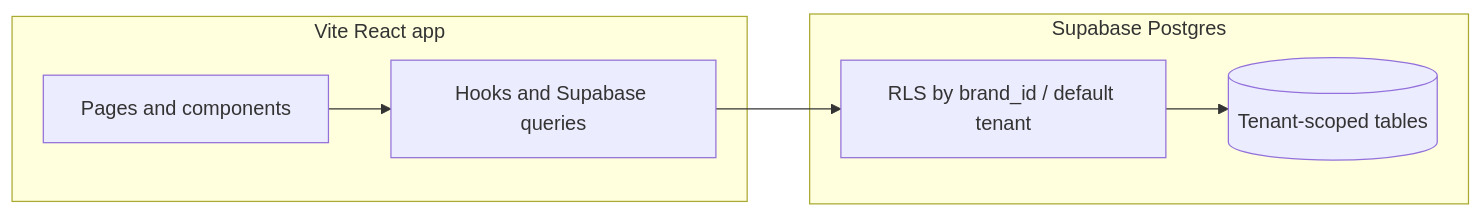
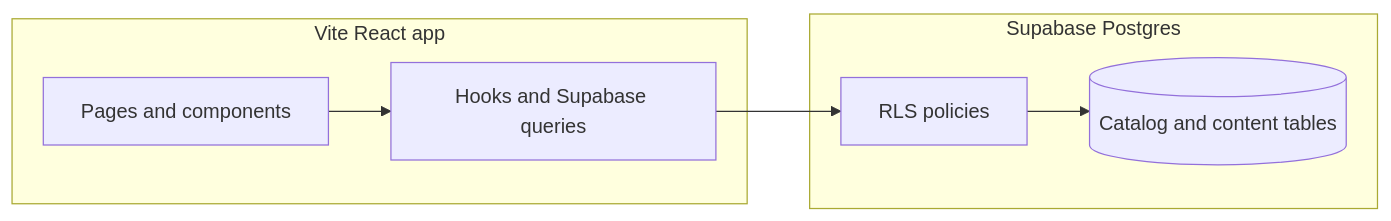
The diagram in docs/ARCHITECTURE.md (nisnas7-AI/DiamoNY-Dodiya), drawn with Mermaid before and after one commit. The commit also changed other lines of this file and 55 other files, not shown here.

First line of the commit message:
Revert white-label brand_id tenancy and restore single-brand flow.

````diff
--- a/docs/ARCHITECTURE.md
+++ b/docs/ARCHITECTURE.md
@@ -7,14 +7,14 @@
 ```mermaid
 flowchart LR
   subgraph client [Vite React app]
     UI[Pages and components]
     Core[Hooks and Supabase queries]
   end
   subgraph supabase [Supabase Postgres]
-    RLS[RLS by brand_id / default tenant]
-    Data[(Tenant-scoped tables)]
+    RLS[RLS policies]
+    Data[(Catalog and content tables)]
   end
   UI --> Core
   Core --> RLS
   RLS --> Data
 ```
````
